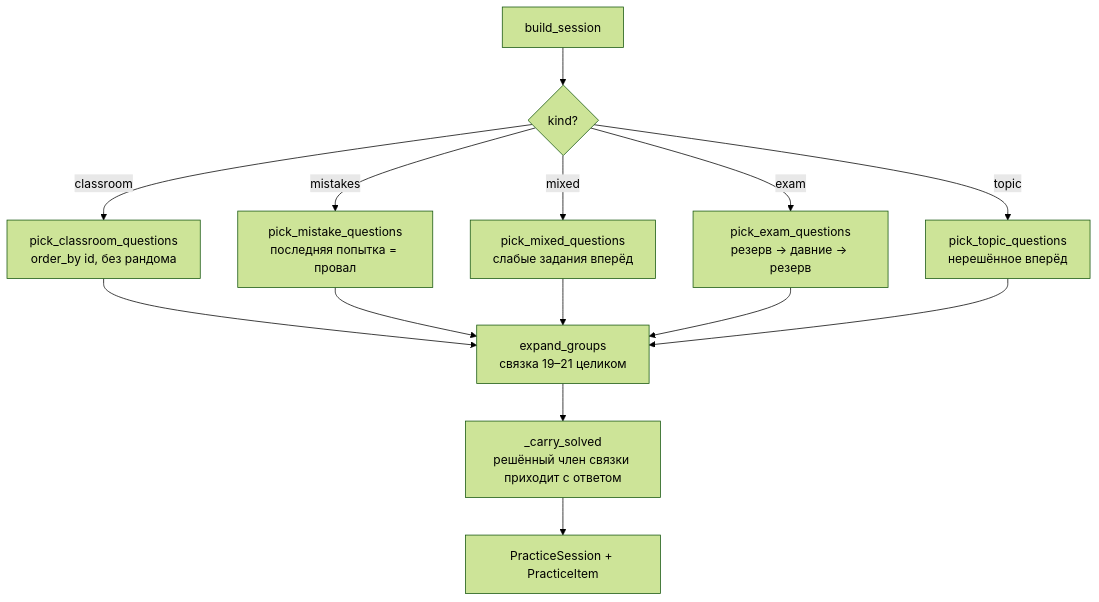
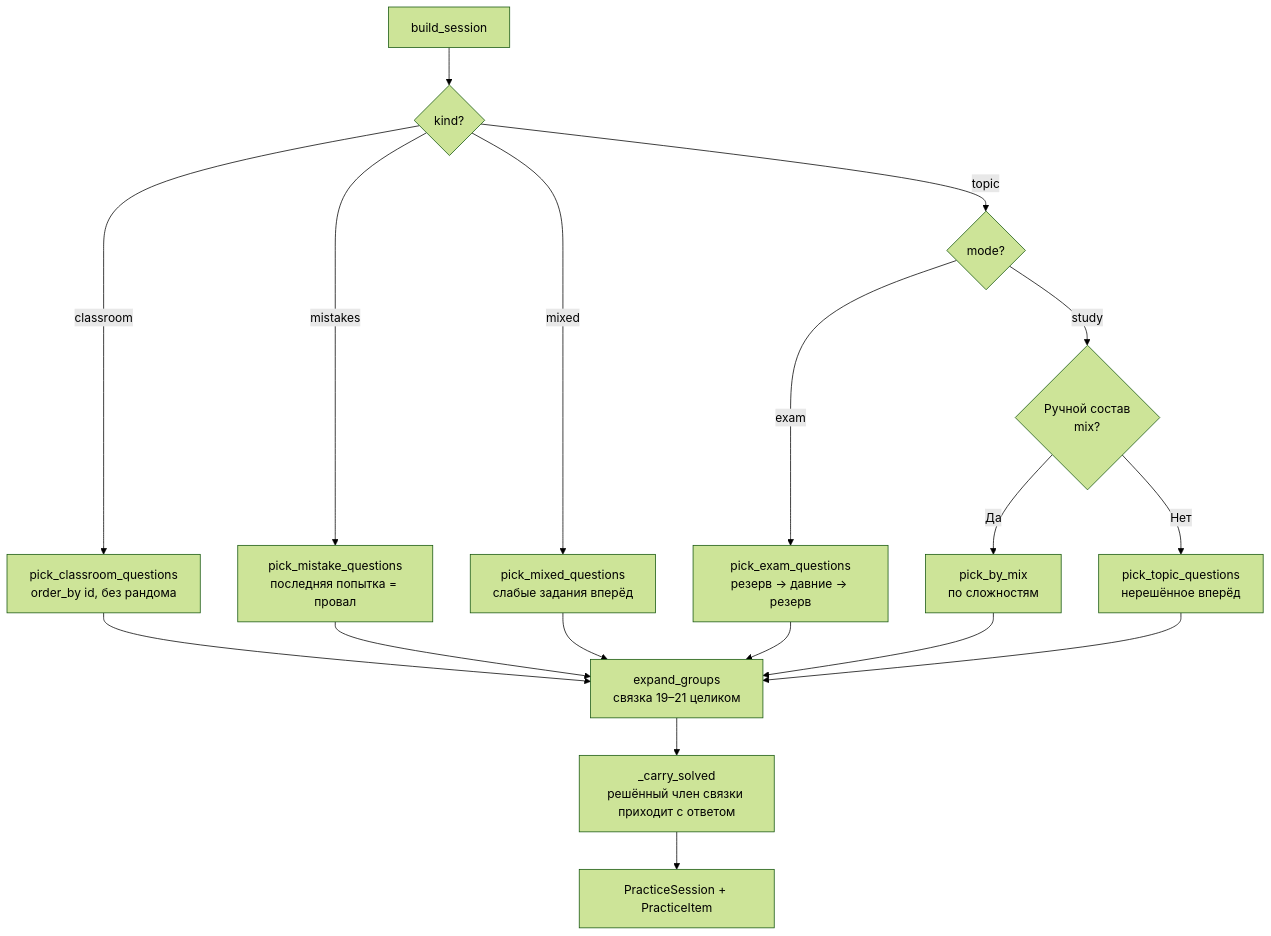
Before and after one commit to Kirill2517nv/SiteAboutMe: the seventh of 8 diagrams in docs/flows/ege-trainer.md, drawn with Mermaid (forest theme). The commit also changed other lines of this file and 40 other files, not shown here.

````diff
--- a/docs/flows/ege-trainer.md
+++ b/docs/flows/ege-trainer.md
@@ -277,17 +292,21 @@
 ```mermaid
 flowchart TD
     START[build_session] --> KIND{kind?}
     KIND -->|classroom| CL[pick_classroom_questions<br/>order_by id, без рандома]
     KIND -->|mistakes| MI[pick_mistake_questions<br/>последняя попытка = провал]
     KIND -->|mixed| MX[pick_mixed_questions<br/>слабые задания вперёд]
-    KIND -->|exam| EX[pick_exam_questions<br/>резерв → давние → резерв]
-    KIND -->|topic| TO[pick_topic_questions<br/>нерешённое вперёд]
+    KIND -->|topic| MODE{mode?}
+    MODE -->|exam| EX[pick_exam_questions<br/>резерв → давние → резерв]
+    MODE -->|study| MIX{Ручной состав<br/>mix?}
+    MIX -->|Да| BM[pick_by_mix<br/>по сложностям]
+    MIX -->|Нет| TO[pick_topic_questions<br/>нерешённое вперёд]
 
     CL --> GRP[expand_groups<br/>связка 19–21 целиком]
     MI --> GRP
     MX --> GRP
     EX --> GRP
+    BM --> GRP
     TO --> GRP
     GRP --> CARRY[_carry_solved<br/>решённый член связки приходит с ответом]
     CARRY --> DONE[PracticeSession + PracticeItem]
 ```
````
